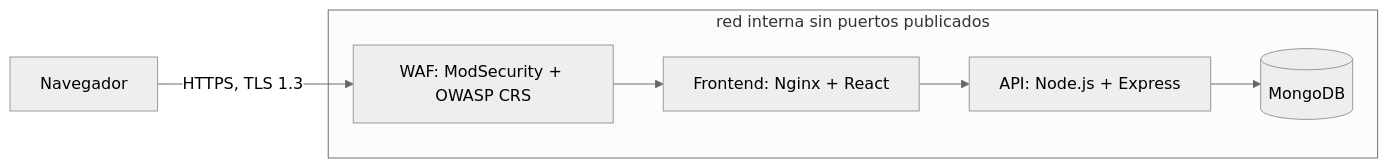
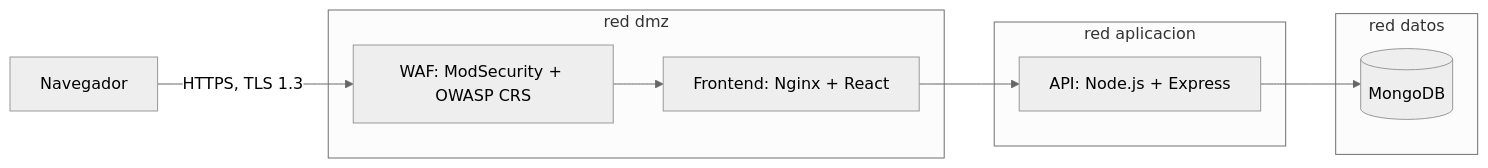
The diagram in README.md (emanbruiz/cms-seguridad), drawn with Mermaid (neutral theme) before and after one commit. The commit also changed other lines of this file and 4 other files, not shown here.

````diff
--- a/README.md
+++ b/README.md
@@ -17,9 +21,13 @@
 ```mermaid
 flowchart LR
   U[Navegador] -->|HTTPS, TLS 1.3| W[WAF: ModSecurity + OWASP CRS]
-  subgraph red interna sin puertos publicados
+  subgraph dmz [red dmz]
     W --> N[Frontend: Nginx + React]
+  end
+  subgraph aplicacion [red aplicacion]
     N --> A[API: Node.js + Express]
+  end
+  subgraph datos [red datos]
     A --> M[(MongoDB)]
   end
 ```
````
